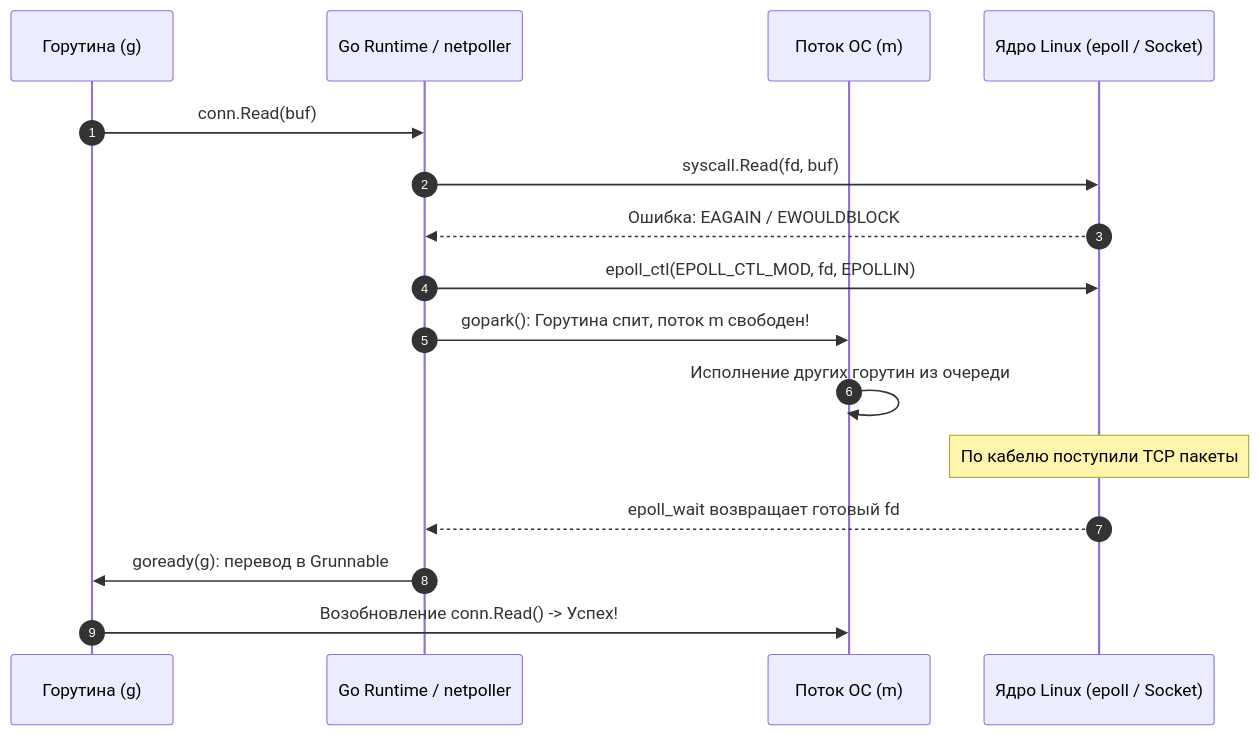
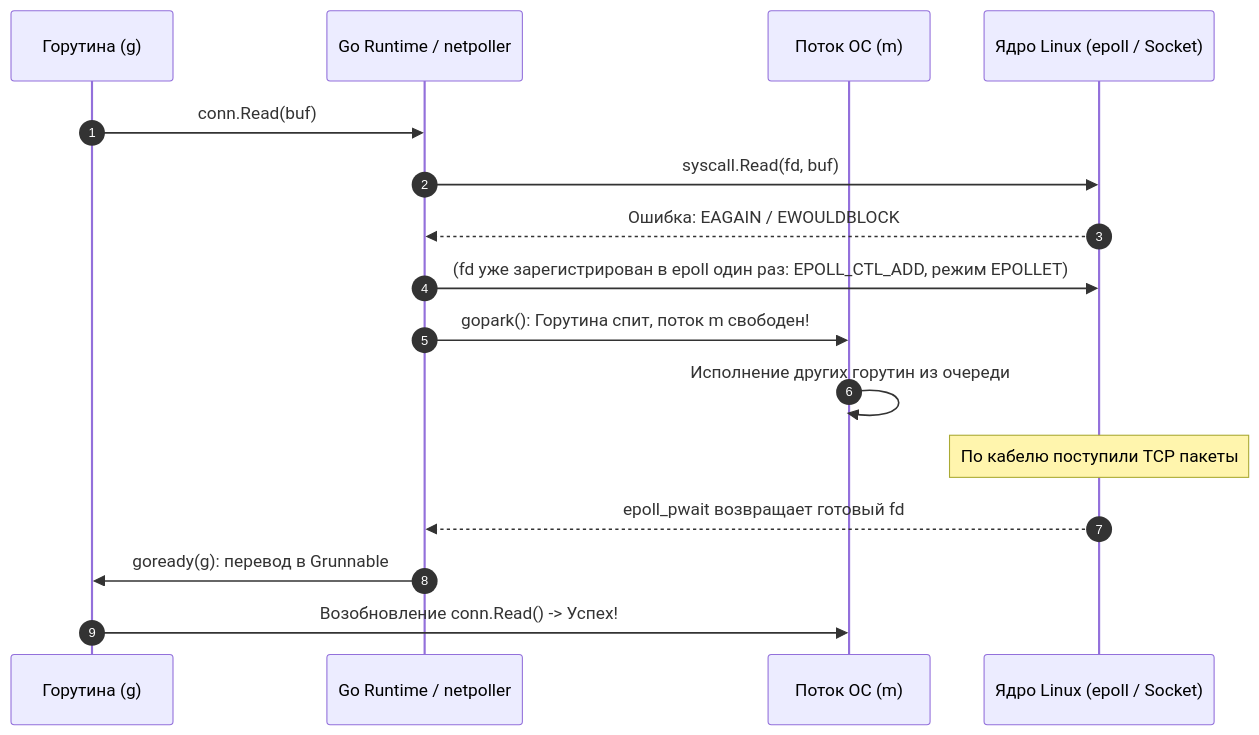
One commit to UnrealTemplier/go-textbook-ru changed the third of 3 diagrams in sources/3. Компьютерные сети и сетевой стек/1. Обзор раздела. Как работают сети и зачем это Go бэкенд-разработчику.md. Above: the diagram before and after it, drawn with Mermaid. The commit also changed other lines of this file and 43 other files, not shown here.

````diff
--- a/sources/3. Компьютерные сети и сетевой стек/1. Обзор раздела. Как работают сети и зачем это Go бэкенд-разработчику.md
+++ b/sources/3. Компьютерные сети и сетевой стек/1. Обзор раздела. Как работают сети и зачем это Go бэкенд-разработчику.md
@@ -133,19 +133,19 @@
 ```mermaid
 sequenceDiagram
     autonumber
     participant G as Горутина (g)
     participant RT as Go Runtime / netpoller
     participant M as Поток ОС (m)
     participant Kernel as Ядро Linux (epoll / Socket)
 
     G->>RT: conn.Read(buf)
     RT->>Kernel: syscall.Read(fd, buf)
     Kernel-->>RT: Ошибка: EAGAIN / EWOULDBLOCK
-    RT->>Kernel: epoll_ctl(EPOLL_CTL_MOD, fd, EPOLLIN)
+    RT->>Kernel: (fd уже зарегистрирован в epoll один раз: EPOLL_CTL_ADD, режим EPOLLET)
     RT->>M: gopark(): Горутина спит, поток m свободен!
     M->>M: Исполнение других горутин из очереди
     Note over Kernel: По кабелю поступили TCP пакеты
-    Kernel-->>RT: epoll_wait возвращает готовый fd
+    Kernel-->>RT: epoll_pwait возвращает готовый fd
     RT->>G: goready(g): перевод в Grunnable
     G->>M: Возобновление conn.Read() -> Успех!
 ```
````
